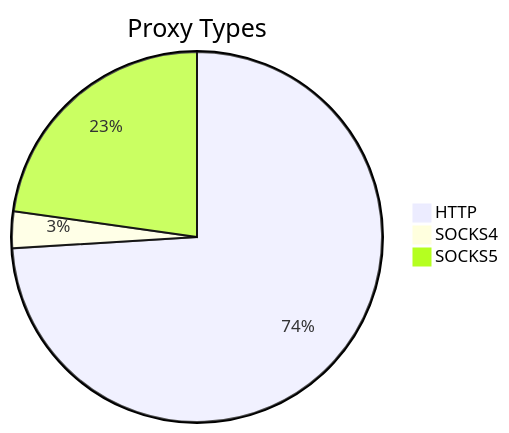
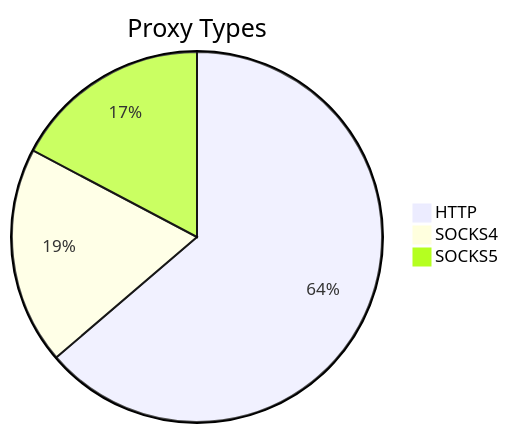
Before and after one commit to stormsia/proxy-list: the first of 2 diagrams in README.md, drawn with Mermaid. The commit also changed other lines of this file, not shown here.

````diff
--- a/README.md
+++ b/README.md
@@ -21,6 +21,6 @@
 ```mermaid
 pie title Proxy Types
-    "HTTP" : 208
-    "SOCKS4" : 9
-    "SOCKS5" : 64
+    "HTTP" : 369
+    "SOCKS4" : 110
+    "SOCKS5" : 100
 ```
````
